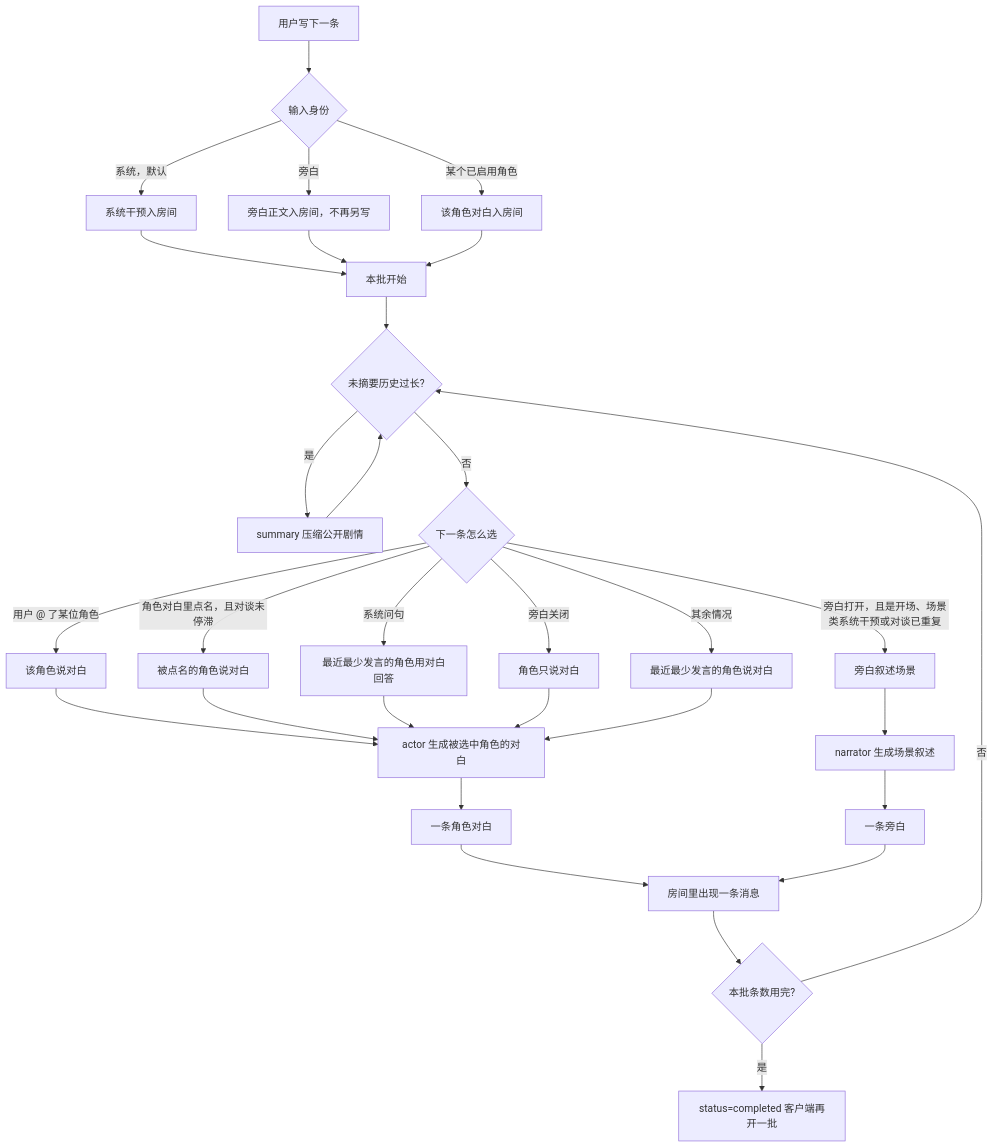
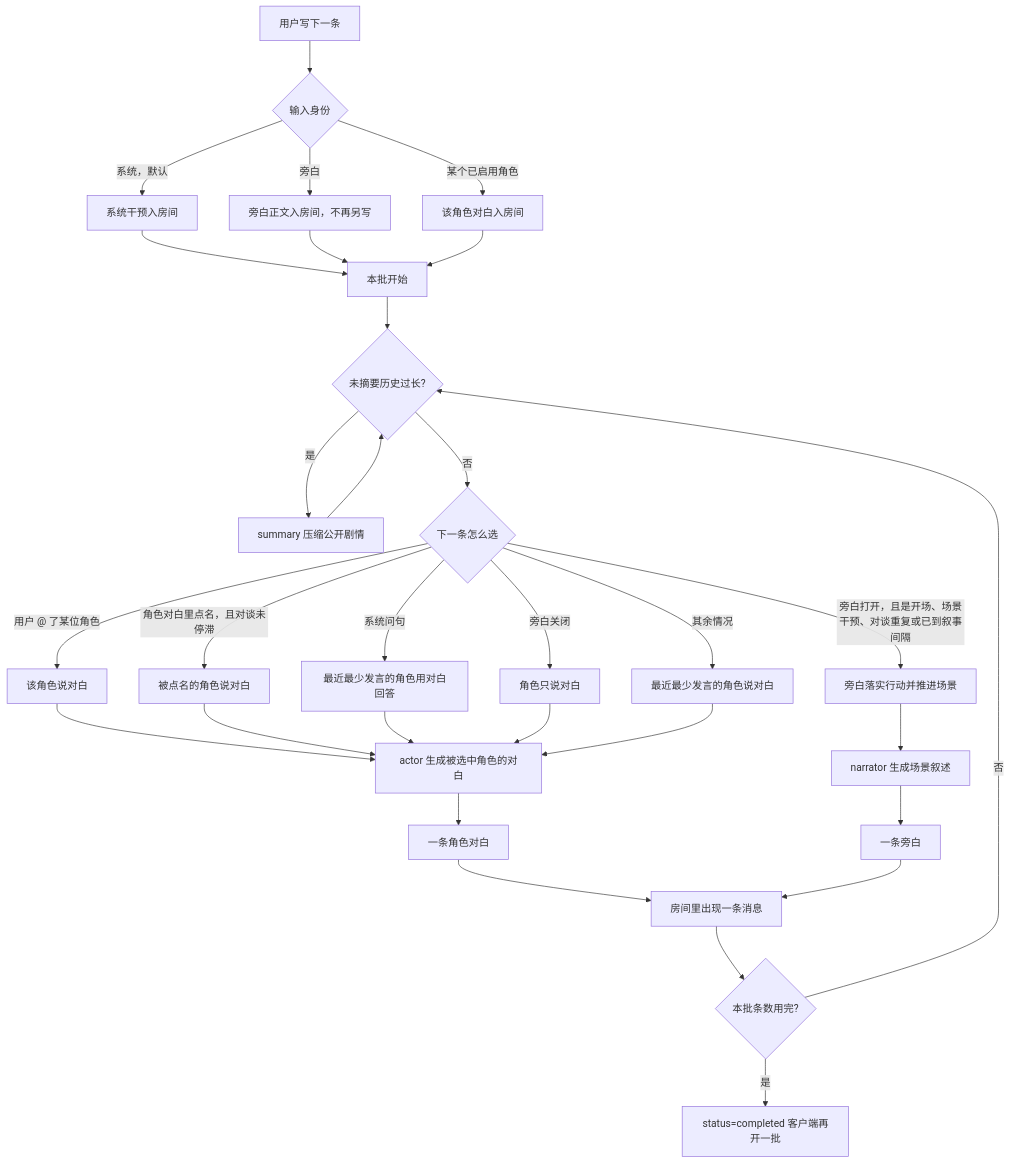
Before and after one commit to marvin-season/landing-page: the first of 3 diagrams in src/lib/group-chat/README.md, drawn with Mermaid. The commit also changed other lines of this file and 5 other files, not shown here.

````diff
--- a/src/lib/group-chat/README.md
+++ b/src/lib/group-chat/README.md
@@ -11,33 +13,33 @@
 ```mermaid
 flowchart TD
   input[用户写下一条] --> identity{输入身份}
   identity -->|系统，默认| systemMsg[系统干预入房间]
   identity -->|旁白| narrationMsg[旁白正文入房间，不再另写]
   identity -->|某个已启用角色| roleMsg[该角色对白入房间]
   systemMsg --> start
   narrationMsg --> start
   roleMsg --> start
   start[本批开始] --> summary{未摘要历史过长?}
   summary -->|是| sumAgent[summary 压缩公开剧情]
   sumAgent --> summary
   summary -->|否| pick{下一条怎么选}
   pick -->|用户 @ 了某位角色| named[该角色说对白]
   pick -->|角色对白里点名，且对谈未停滞| reply[被点名的角色说对白]
   pick -->|系统问句| ask[最近最少发言的角色用对白回答]
   pick -->|旁白关闭| talk[角色只说对白]
-  pick -->|旁白打开，且是开场、场景类系统干预或对谈已重复| narrate[旁白叙述场景]
+  pick -->|旁白打开，且是开场、场景干预、对谈重复或已到叙事间隔| narrate[旁白落实行动并推进场景]
   pick -->|其余情况| least[最近最少发言的角色说对白]
   named --> actorAgent[actor 生成被选中角色的对白]
   reply --> actorAgent
   ask --> actorAgent
   talk --> actorAgent
   least --> actorAgent
   actorAgent --> line[一条角色对白]
   narrate --> narratorAgent[narrator 生成场景叙述]
   narratorAgent --> narrator[一条旁白]
   line --> visible[房间里出现一条消息]
   narrator --> visible
   visible --> next{本批条数用完?}
   next -->|否| summary
   next -->|是| done[status=completed 客户端再开一批]
 ```
````
